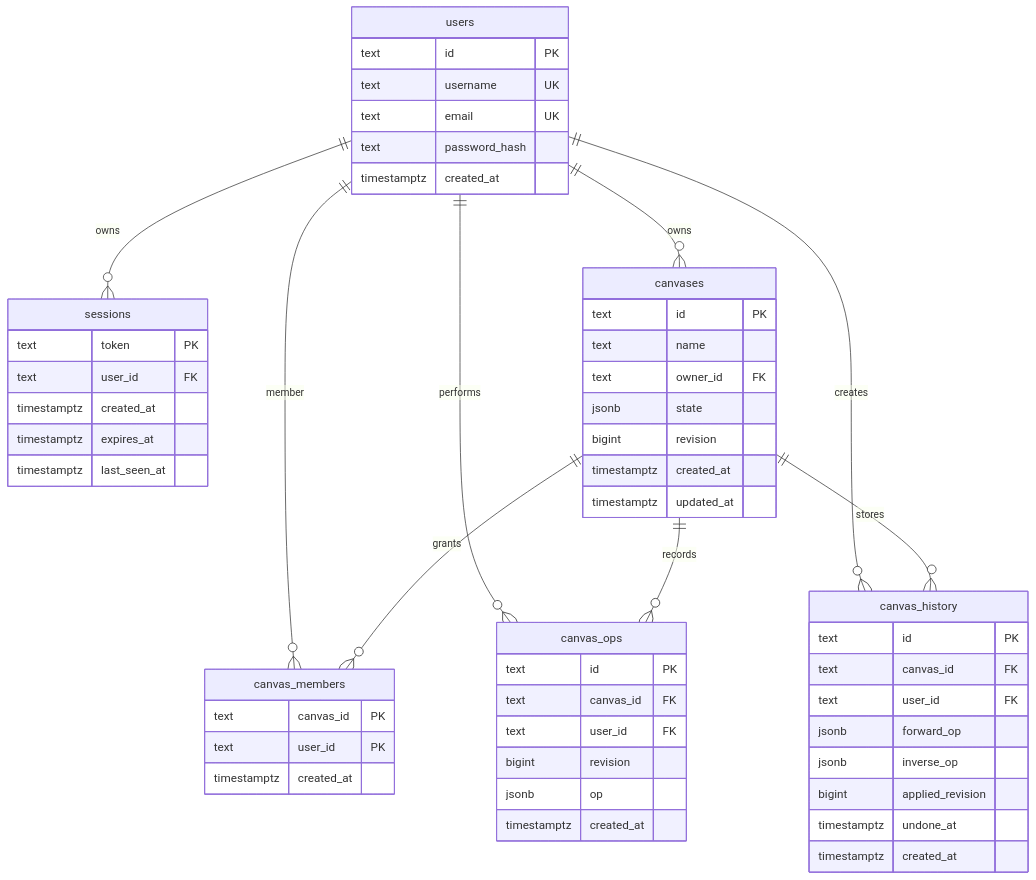
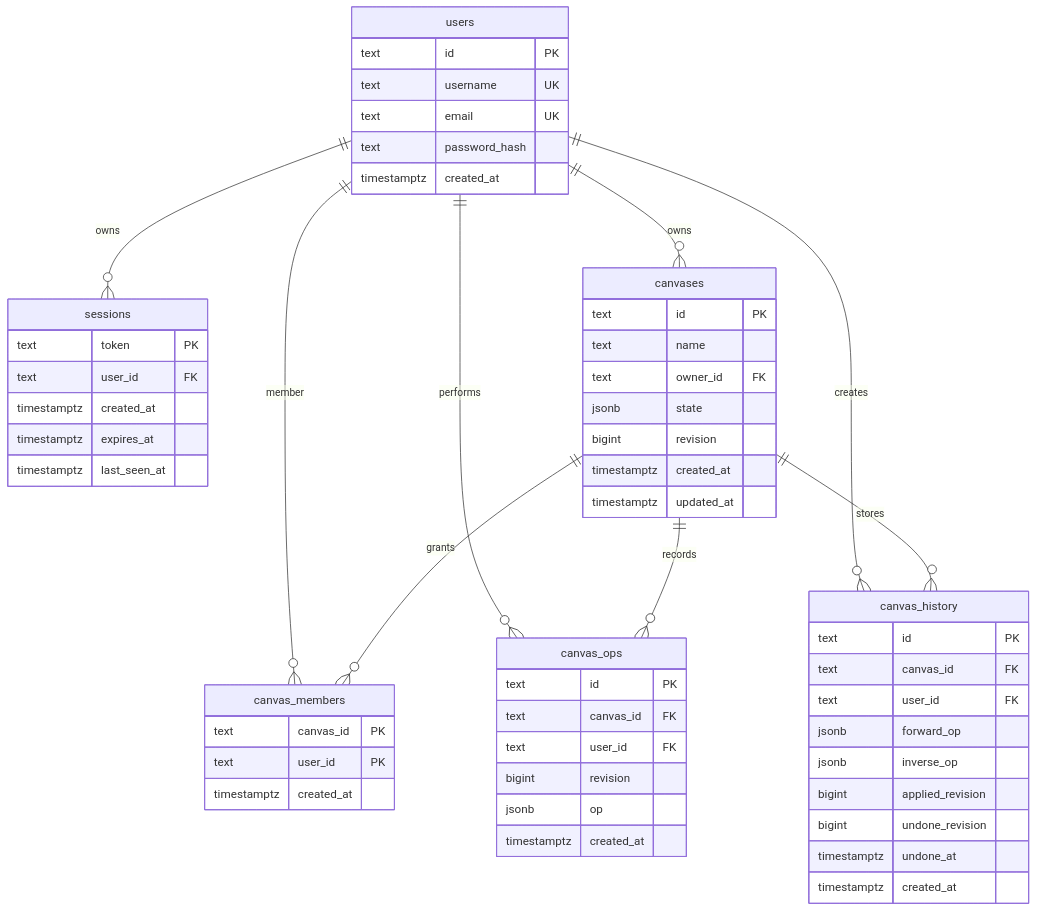
One commit to JBoss925/LiveBoard changed the diagram in docs/database.md. Above: the diagram before and after it, drawn with Mermaid. The commit also changed other lines of this file and 7 other files, not shown here.

````diff
--- a/docs/database.md
+++ b/docs/database.md
@@ -7,63 +7,64 @@
 ```mermaid
 erDiagram
   users ||--o{ sessions : owns
   users ||--o{ canvases : owns
   users ||--o{ canvas_members : member
   canvases ||--o{ canvas_members : grants
   users ||--o{ canvas_ops : performs
   canvases ||--o{ canvas_ops : records
   users ||--o{ canvas_history : creates
   canvases ||--o{ canvas_history : stores
 
   users {
     text id PK
     text username UK
     text email UK
     text password_hash
     timestamptz created_at
   }
 
   sessions {
     text token PK
     text user_id FK
     timestamptz created_at
     timestamptz expires_at
     timestamptz last_seen_at
   }
 
   canvases {
     text id PK
     text name
     text owner_id FK
     jsonb state
     bigint revision
     timestamptz created_at
     timestamptz updated_at
   }
 
   canvas_members {
     text canvas_id PK
     text user_id PK
     timestamptz created_at
   }
 
   canvas_ops {
     text id PK
     text canvas_id FK
     text user_id FK
     bigint revision
     jsonb op
     timestamptz created_at
   }
 
   canvas_history {
     text id PK
     text canvas_id FK
     text user_id FK
     jsonb forward_op
     jsonb inverse_op
     bigint applied_revision
+    bigint undone_revision
     timestamptz undone_at
     timestamptz created_at
   }
 ```
````
